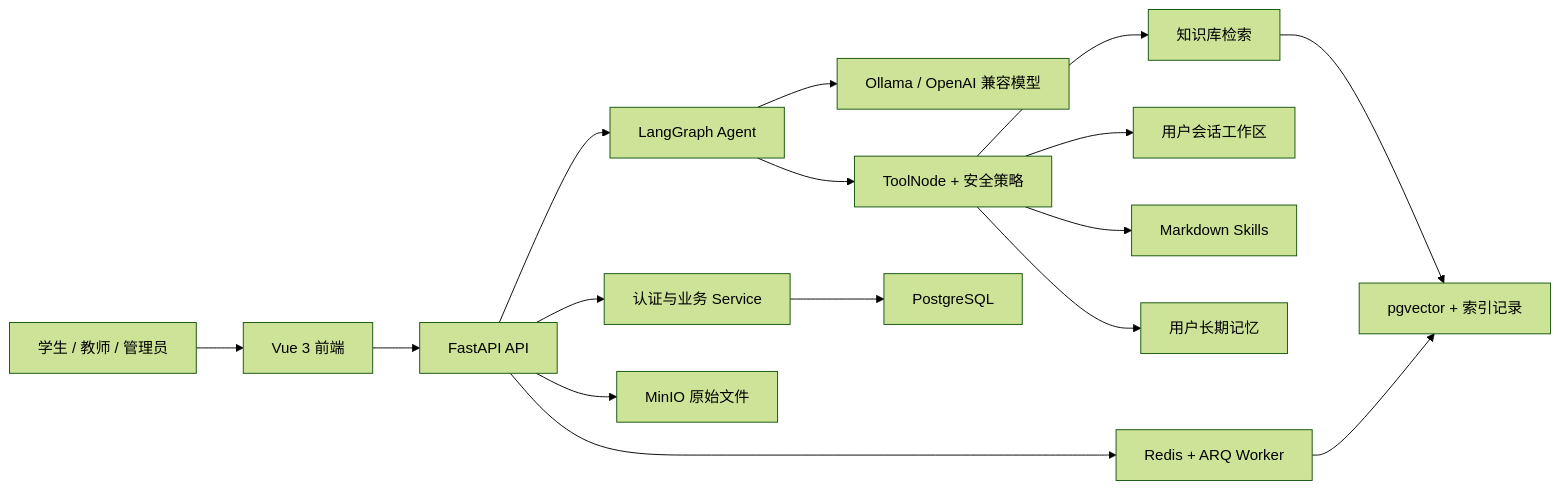
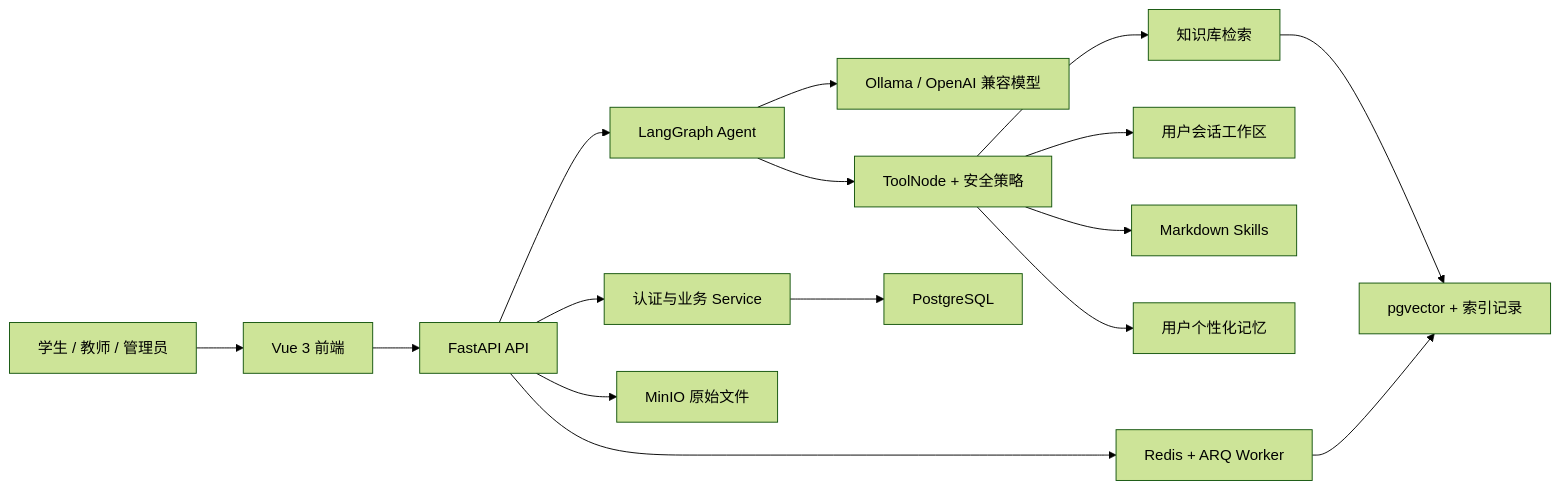
One commit to caoshuai03/LabAgent changed the diagram in docs/功能介绍/产品与架构.md. Above: the diagram before and after it, drawn with Mermaid (forest theme). The commit also changed other lines of this file and 147 other files, not shown here.

````diff
--- a/docs/功能介绍/产品与架构.md
+++ b/docs/功能介绍/产品与架构.md
@@ -50,18 +50,18 @@
 ```mermaid
 flowchart LR
     U["学生 / 教师 / 管理员"] --> FE["Vue 3 前端"]
     FE --> API["FastAPI API"]
     API --> AUTH["认证与业务 Service"]
     API --> AGENT["LangGraph Agent"]
     AGENT --> MODEL["Ollama / OpenAI 兼容模型"]
     AGENT --> TOOLS["ToolNode + 安全策略"]
     TOOLS --> RAG["知识库检索"]
     TOOLS --> WORKSPACE["用户会话工作区"]
     TOOLS --> SKILLS["Markdown Skills"]
-    TOOLS --> MEMORY["用户长期记忆"]
+    TOOLS --> MEMORY["用户个性化记忆"]
     AUTH --> DB["PostgreSQL"]
     RAG --> VECTOR["pgvector + 索引记录"]
     API --> REDIS["Redis + ARQ Worker"]
     REDIS --> VECTOR
     API --> MINIO["MinIO 原始文件"]
 ```
````
